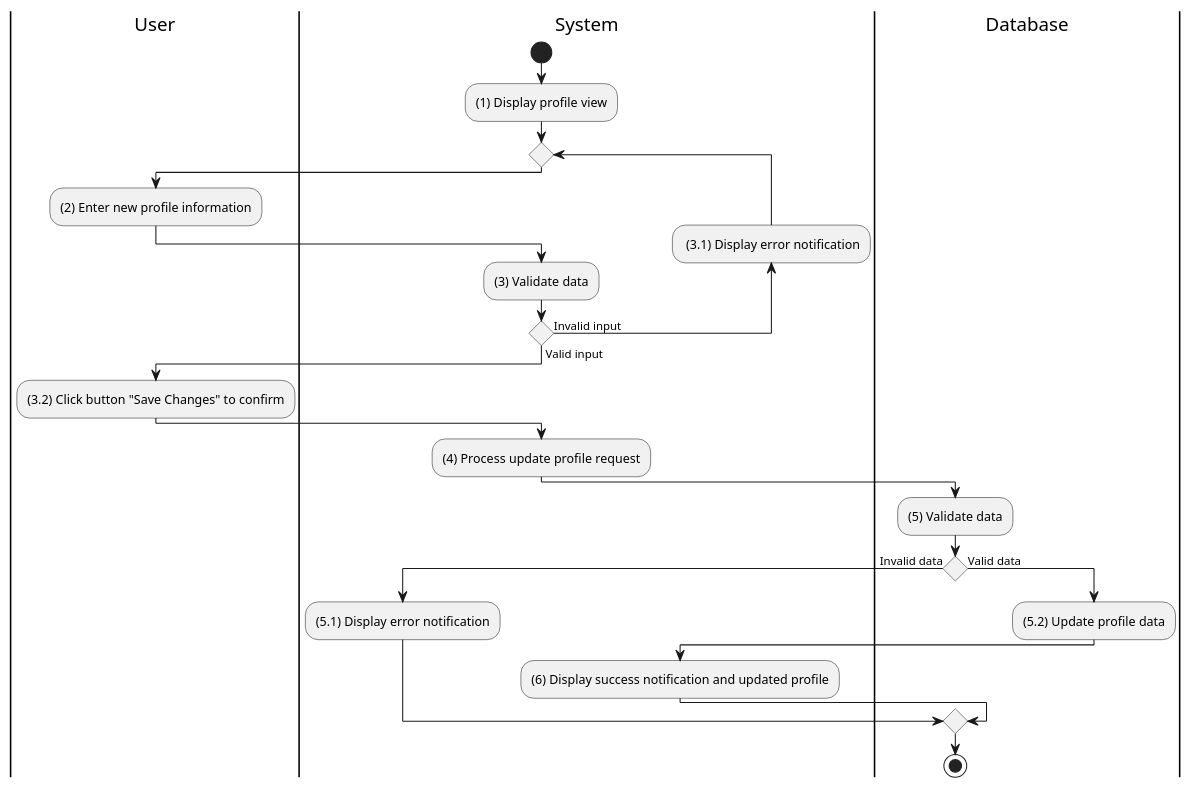
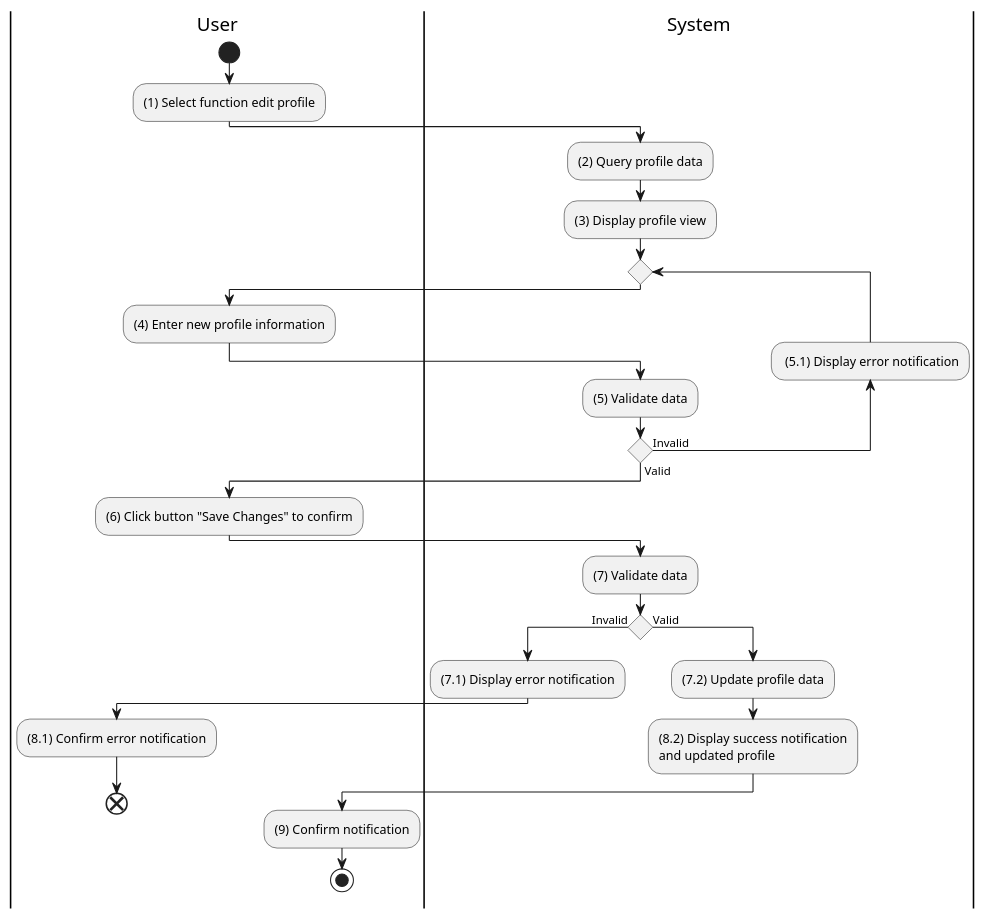
The diagram in docs/software-docs/activity/manage-account/edit-profile.md (electricilies/electricilies.github.io), drawn with PlantUML before and after one commit. The commit also changed 47 other files, not shown here.

````diff
--- a/docs/software-docs/activity/manage-account/edit-profile.md
+++ b/docs/software-docs/activity/manage-account/edit-profile.md
@@ -3,36 +3,38 @@
 ```plantuml
 @startuml
 |U|User
 |S|System
-|D|Database
 
+|U|
+start
+:(1) Select function edit profile;
 |S|
-start
-:(1) Display profile view;
+:(2) Query profile data;
+:(3) Display profile view;
 repeat
   |U|
-  :(2) Enter new profile information;
+  :(4) Enter new profile information;
   |S|
-  :(3) Validate data;
-backward: (3.1) Display error notification;
-repeat while () is (Invalid input) not (Valid input)
+  :(5) Validate data;
+backward: (5.1) Display error notification;
+repeat while () is (Invalid) not (Valid)
 |U|
-:(3.2) Click button "Save Changes" to confirm;
+:(6) Click button "Save Changes" to confirm;
 |S|
-:(4) Process update profile request;
-|D|
-:(5) Validate data;
-if () then (Invalid data)
+:(7) Validate data;
+if () then (Invalid)
+  :(7.1) Display error notification;
+  |U|
+  :(8.1) Confirm error notification;
+  end
+else (Valid)
   |S|
-  :(5.1) Display error notification;
-else (Valid data)
-  |D|
-  :(5.2) Update profile data;
-  |S|
-  :(6) Display success notification and updated profile;
+  :(7.2) Update profile data;
+  :(8.2) Display success notification 
+and updated profile;
+  |U|
+  :(9) Confirm notification;
+  stop
 endif
-|D|
-stop
-
 @enduml
 ```
````
